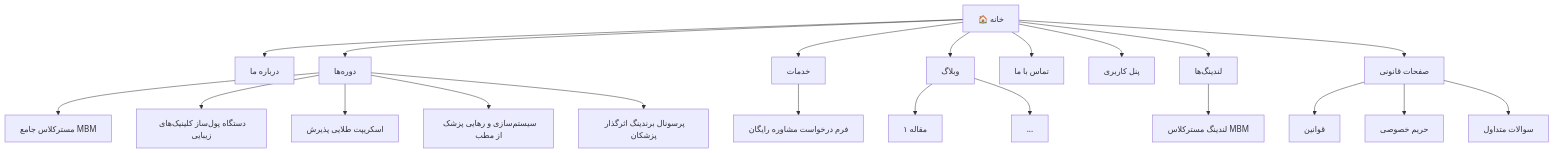
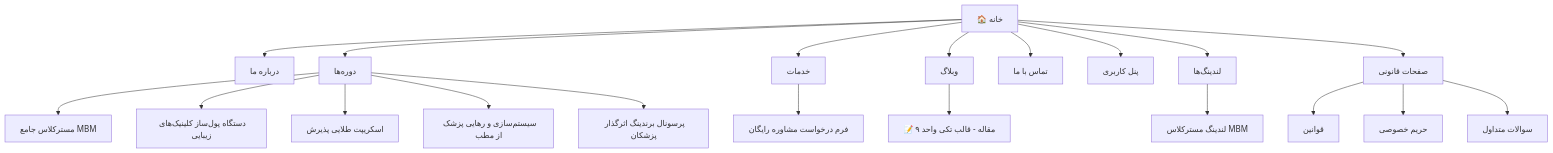
One commit to im-jvd2/Medical-Business changed the first of 2 diagrams in docs/05-site-architecture.md. Above: the diagram before and after it, drawn with Mermaid. The commit also changed other lines of this file and 7 other files, not shown here.

````diff
--- a/docs/05-site-architecture.md
+++ b/docs/05-site-architecture.md
@@ -10,23 +11,22 @@
 ```mermaid
 flowchart TD
     Home[🏠 خانه] --> About[درباره ما]
     Home --> Courses[دوره‌ها]
     Home --> Services[خدمات]
     Home --> Blog[وبلاگ]
     Home --> Contact[تماس با ما]
     Home --> Dashboard[پنل کاربری]
     Courses --> MBM[مسترکلاس جامع MBM]
     Courses --> AES[دستگاه پول‌ساز کلینیک‌های زیبایی]
     Courses --> RCP[اسکریپت طلایی پذیرش]
     Courses --> SOP[سیستم‌سازی و رهایی پزشک از مطب]
     Courses --> BRD[پرسونال برندینگ اثرگذار پزشکان]
     Services --> SvcRequest[فرم درخواست مشاوره رایگان]
-    Blog --> Post1[مقاله ۱]
-    Blog --> PostN[...]
+    Blog --> Post[📝 ۹ مقاله - قالب تکی واحد]
     Home --> Landing[لندینگ‌ها]
     Landing --> LP1[لندینگ مسترکلاس MBM]
     Home --> Legal[صفحات قانونی]
     Legal --> Terms[قوانین]
     Legal --> Privacy[حریم خصوصی]
     Legal --> FAQ[سوالات متداول]
 ```
````
